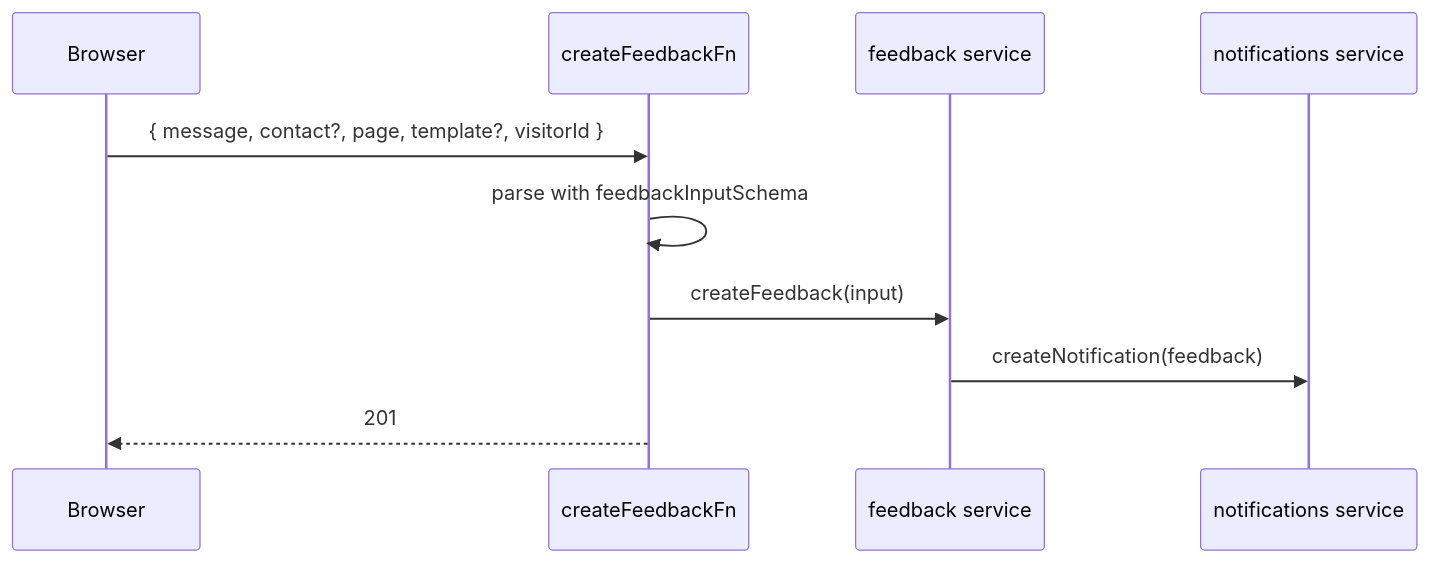
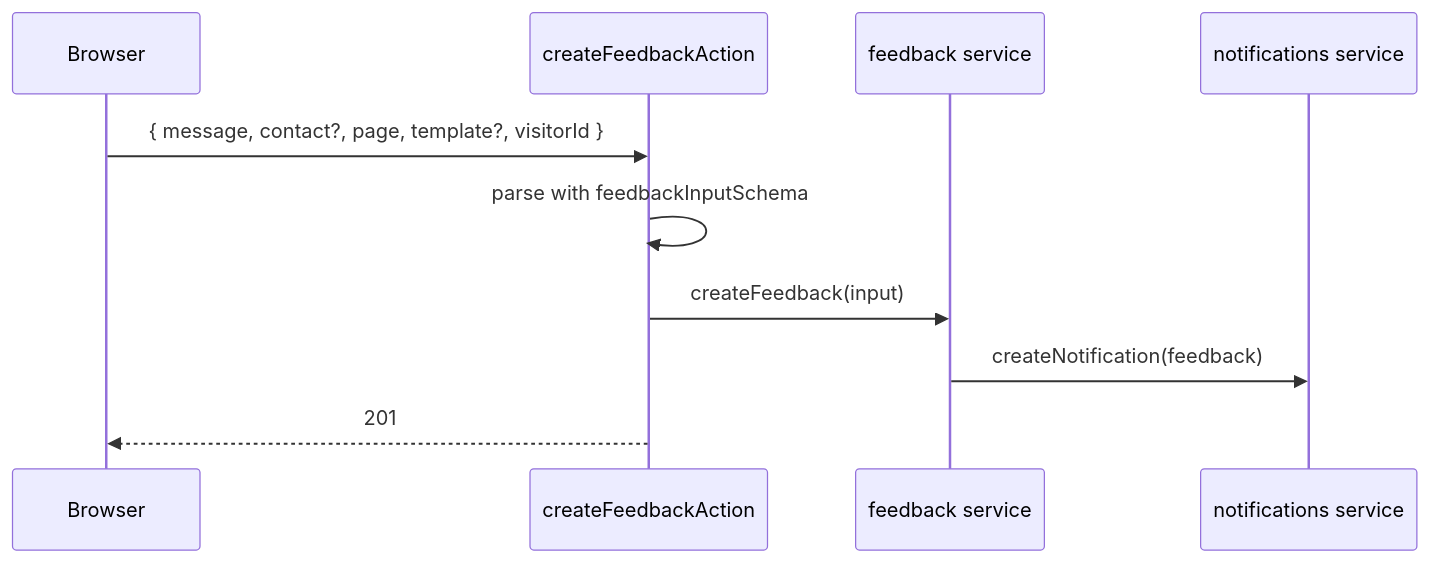
The second of 2 diagrams in docs/features/feedback.md (AhmedElnagarUU/Demmoss), drawn with Mermaid before and after one commit. The commit also changed other lines of this file and 19 other files, not shown here.

````diff
--- a/docs/features/feedback.md
+++ b/docs/features/feedback.md
@@ -44,12 +44,12 @@
 ```mermaid
 sequenceDiagram
   participant B as Browser
-  participant R as createFeedbackFn
+  participant R as createFeedbackAction
   participant S as feedback service
   participant N as notifications service
   B->>R: { message, contact?, page, template?, visitorId }
   R->>R: parse with feedbackInputSchema
   R->>S: createFeedback(input)
   S->>N: createNotification(feedback)
   R-->>B: 201
 ```
````
